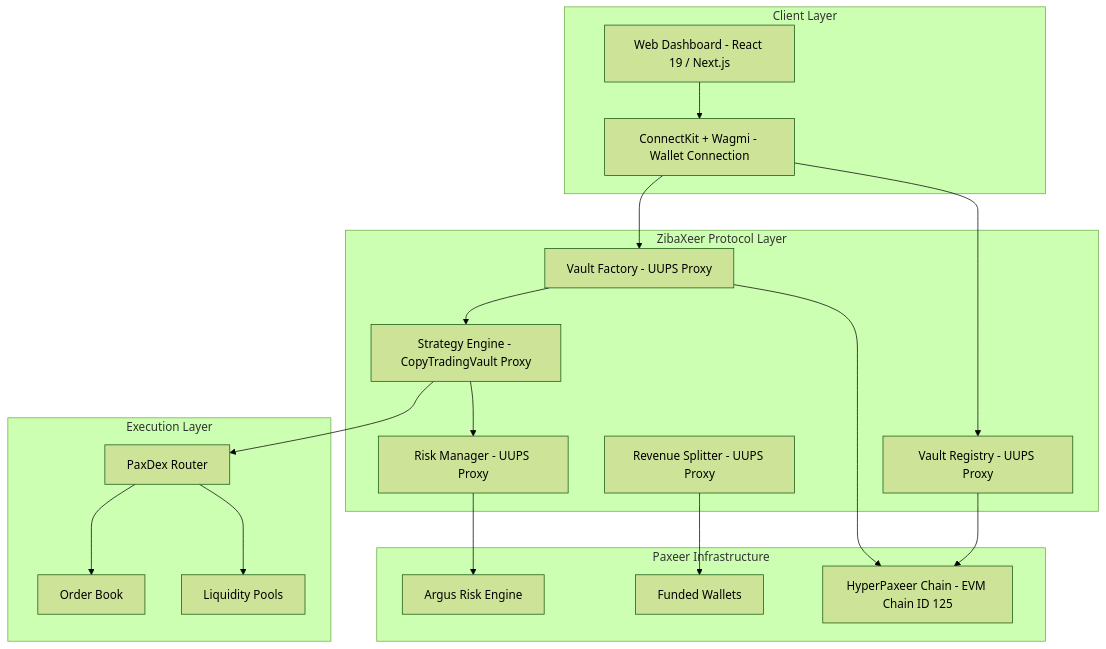
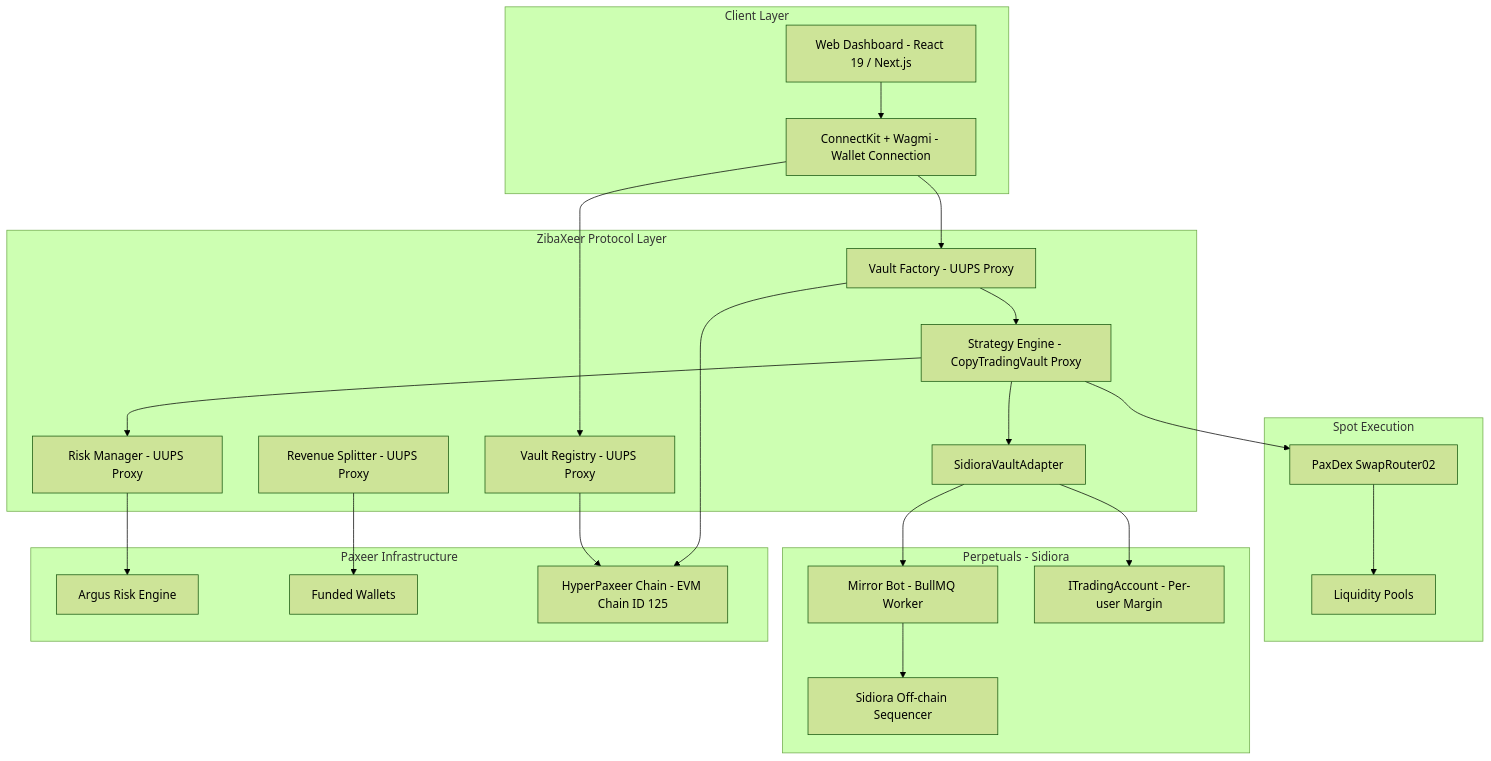
The first of 7 diagrams in README.md (thetruesammyjay/ZibaXeer), drawn with Mermaid (forest theme) before and after one commit.

Commit message:
chore: add Sidiora to arch diagrams

````diff
--- a/README.md
+++ b/README.md
@@ -118,40 +118,49 @@
 ```mermaid
 graph TB
     subgraph Clients["Client Layer"]
         WEB[Web Dashboard - React 19 / Next.js]
         WC[ConnectKit + Wagmi - Wallet Connection]
     end
 
     subgraph Protocol["ZibaXeer Protocol Layer"]
         VF[Vault Factory - UUPS Proxy]
         VR[Vault Registry - UUPS Proxy]
         SE[Strategy Engine - CopyTradingVault Proxy]
         RM[Risk Manager - UUPS Proxy]
         RS[Revenue Splitter - UUPS Proxy]
+        SA[SidioraVaultAdapter]
     end
 
-    subgraph Execution["Execution Layer"]
-        PD[PaxDex Router]
-        OB[Order Book]
+    subgraph SpotExecution["Spot Execution"]
+        PD[PaxDex SwapRouter02]
         LP[Liquidity Pools]
+    end
+
+    subgraph PerpsExecution["Perpetuals - Sidiora"]
+        MB[Mirror Bot - BullMQ Worker]
+        SID[Sidiora Off-chain Sequencer]
+        TA[ITradingAccount - Per-user Margin]
     end
 
     subgraph Infrastructure["Paxeer Infrastructure"]
         AE[Argus Risk Engine]
         FW[Funded Wallets]
         HP[HyperPaxeer Chain - EVM Chain ID 125]
     end
 
     WEB --> WC
     WC --> VF
     WC --> VR
     VF --> SE
     SE --> RM
     RM --> AE
     SE --> PD
-    PD --> OB
     PD --> LP
+    SE --> SA
+    SA --> TA
+    SA --> MB
+    MB --> SID
     RS --> FW
     VR --> HP
     VF --> HP
 ```
````
